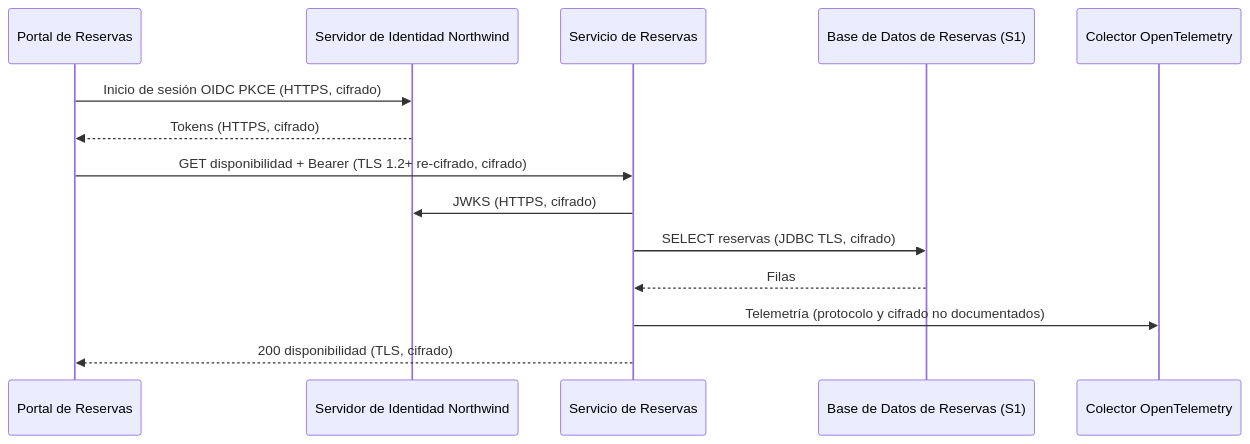
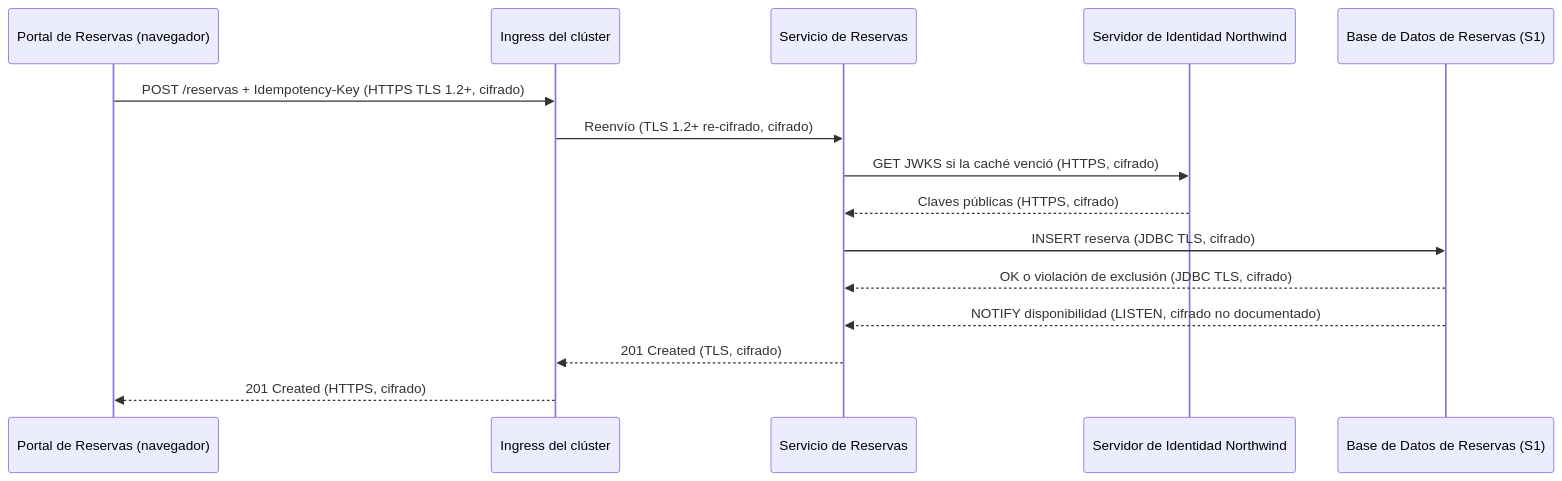
The first of 3 diagrams in analysis/DATA-SENSITIVITY-2026-11-03.md (shadowX4fox/northwind-reservas), drawn with Mermaid before and after one commit. The commit also changed other lines of this file and 7 other files, not shown here.

````diff
--- a/analysis/DATA-SENSITIVITY-2026-11-03.md
+++ b/analysis/DATA-SENSITIVITY-2026-11-03.md
@@ -57,16 +57,17 @@
 ```mermaid
 sequenceDiagram
-  participant P as Portal de Reservas
-  participant IdP as Servidor de Identidad Northwind
+  participant P as Portal de Reservas (navegador)
+  participant G as Ingress del clúster
   participant S as Servicio de Reservas
-  participant DB as Base de Datos de Reservas (S1)
-  participant OT as Colector OpenTelemetry
-  P->>IdP: Inicio de sesión OIDC PKCE (HTTPS, cifrado)
-  IdP-->>P: Tokens (HTTPS, cifrado)
-  P->>S: GET disponibilidad + Bearer (TLS 1.2+ re-cifrado, cifrado)
-  S->>IdP: JWKS (HTTPS, cifrado)
-  S->>DB: SELECT reservas (JDBC TLS, cifrado)
-  DB-->>S: Filas
-  S->>OT: Telemetría (protocolo y cifrado no documentados)
-  S-->>P: 200 disponibilidad (TLS, cifrado)
+  participant K as Servidor de Identidad Northwind
+  participant D as Base de Datos de Reservas (S1)
+  P->>G: POST /reservas + Idempotency-Key (HTTPS TLS 1.2+, cifrado)
+  G->>S: Reenvío (TLS 1.2+ re-cifrado, cifrado)
+  S->>K: GET JWKS si la caché venció (HTTPS, cifrado)
+  K-->>S: Claves públicas (HTTPS, cifrado)
+  S->>D: INSERT reserva (JDBC TLS, cifrado)
+  D-->>S: OK o violación de exclusión (JDBC TLS, cifrado)
+  D-->>S: NOTIFY disponibilidad (LISTEN, cifrado no documentado)
+  S-->>G: 201 Created (TLS, cifrado)
+  G-->>P: 201 Created (HTTPS, cifrado)
 ```
````
